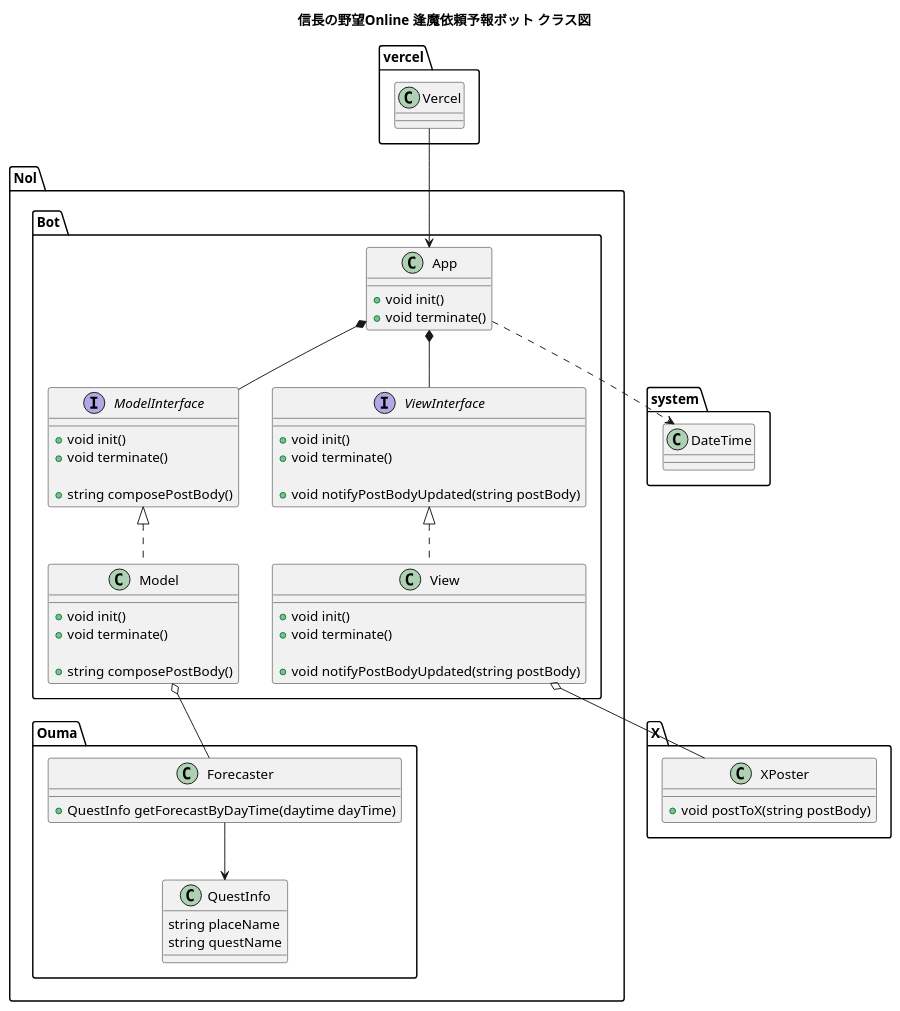
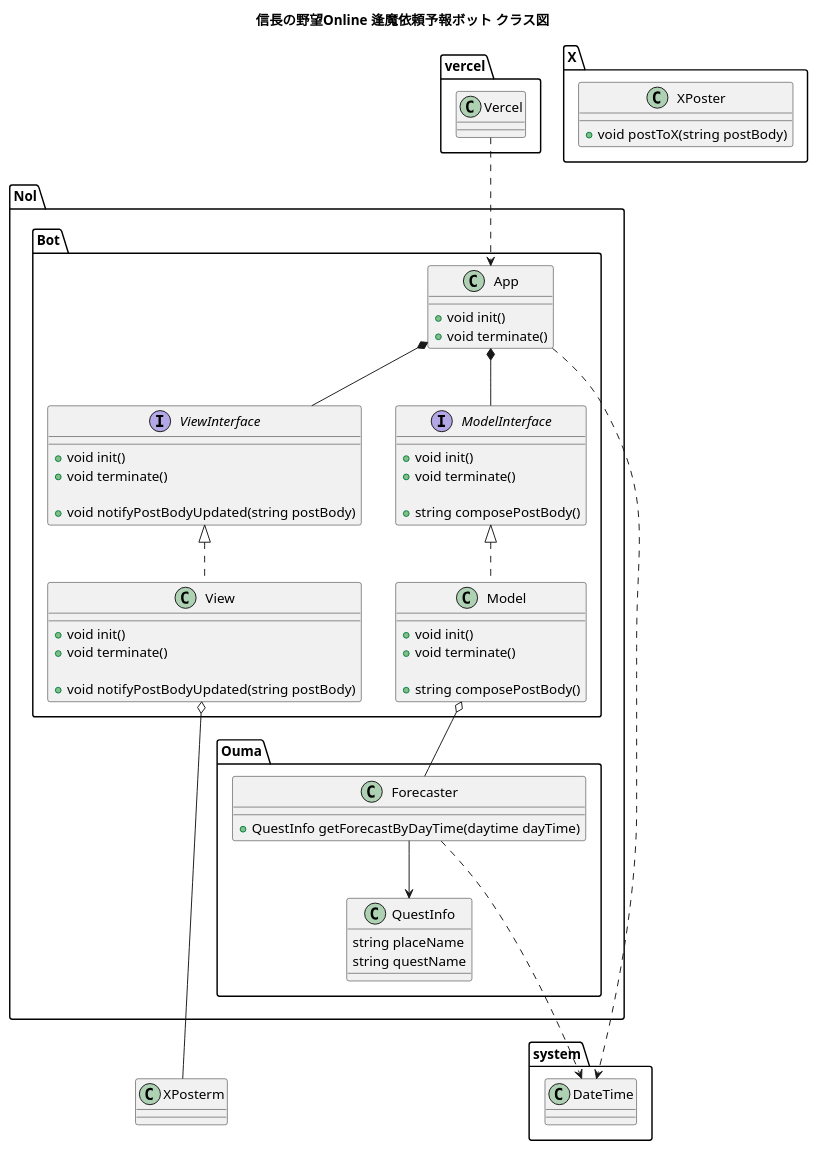
The diagram in uml/class.pu (MinoruSekine/nol_ouma_forecast), drawn with PlantUML before and after one commit.

Commit message:
doc: Improve class diagram visibility. (#2)

```diff
--- a/uml/class.pu
+++ b/uml/class.pu
@@ -1,81 +1,83 @@
 @startuml
 
 title 信長の野望Online 逢魔依頼予報ボット クラス図
 
 namespace system {
   class DateTime
 }
 
 namespace Nol {
   namespace Ouma {
     class QuestInfo {
       string placeName
       string questName
     }
 
     class Forecaster {
       +QuestInfo getForecastByDayTime(daytime dayTime)
     }
 
     Forecaster --> QuestInfo
+
+    Forecaster ...> DateTime
   }
 
   namespace Bot {
     class App {
       +void init()
       +void terminate()
     }
 
     interface ModelInterface {
       +void init()
       +void terminate()
 
       +string composePostBody()
     }
 
     class Model {
       +void init()
       +void terminate()
 
       +string composePostBody()
     }
 
     interface ViewInterface {
       +void init()
       +void terminate()
 
       +void notifyPostBodyUpdated(string postBody)
     }
 
     class View {
       +void init()
       +void terminate()
 
       +void notifyPostBodyUpdated(string postBody)
     }
 
     App *-- ModelInterface
     App *-- ViewInterface
-    App ..> DateTime
+    App ......> DateTime
 
     ModelInterface <|.. Model
     Model o-- Forecaster
 
     ViewInterface <|.. View
   }
 }
 
 namespace vercel {
   class Vercel
 }
-Vercel --> App
+Vercel ..> App
 
 namespace X {
   class XPoster {
     +void postToX(string postBody)
   }
 }
 
-View o-- XPoster
+View o---- XPosterm
 
 @enduml
```
